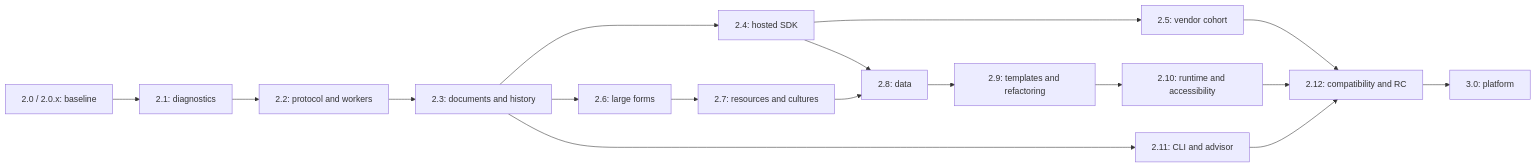
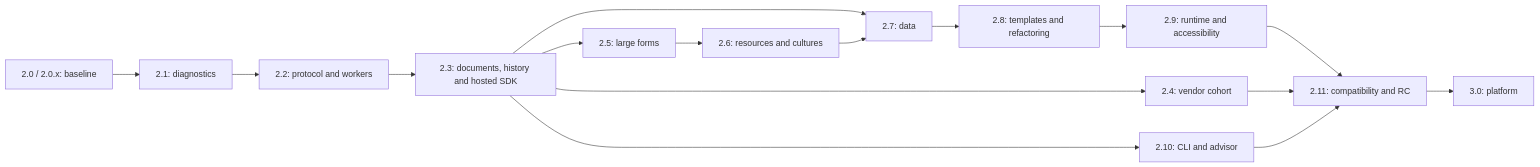
One commit to SkivHisink/winforms-designer-vscode changed the diagram in docs/roadmap-2.0.0-to-3.0.0.md. Above: the diagram before and after it, drawn with Mermaid. The commit also changed other lines of this file and 211 other files, not shown here.

````diff
--- a/docs/roadmap-2.0.0-to-3.0.0.md
+++ b/docs/roadmap-2.0.0-to-3.0.0.md
@@ -117,19 +117,18 @@
 ```mermaid
 flowchart LR
     B["2.0 / 2.0.x: baseline"] --> D["2.1: diagnostics"]
     D --> P["2.2: protocol and workers"]
-    P --> T["2.3: documents and history"]
-    T --> H["2.4: hosted SDK"]
-    H --> V["2.5: vendor cohort"]
-    T --> F["2.6: large forms"]
-    F --> L["2.7: resources and cultures"]
-    H --> DB["2.8: data"]
+    P --> T["2.3: documents, history and hosted SDK"]
+    T --> V["2.4: vendor cohort"]
+    T --> F["2.5: large forms"]
+    F --> L["2.6: resources and cultures"]
+    T --> DB["2.7: data"]
     L --> DB
-    DB --> R["2.9: templates and refactoring"]
-    R --> Q["2.10: runtime and accessibility"]
-    T --> C["2.11: CLI and advisor"]
-    Q --> RC["2.12: compatibility and RC"]
+    DB --> R["2.8: templates and refactoring"]
+    R --> Q["2.9: runtime and accessibility"]
+    T --> C["2.10: CLI and advisor"]
+    Q --> RC["2.11: compatibility and RC"]
     V --> RC
     C --> RC
     RC --> GA["3.0: platform"]
 ```
````
